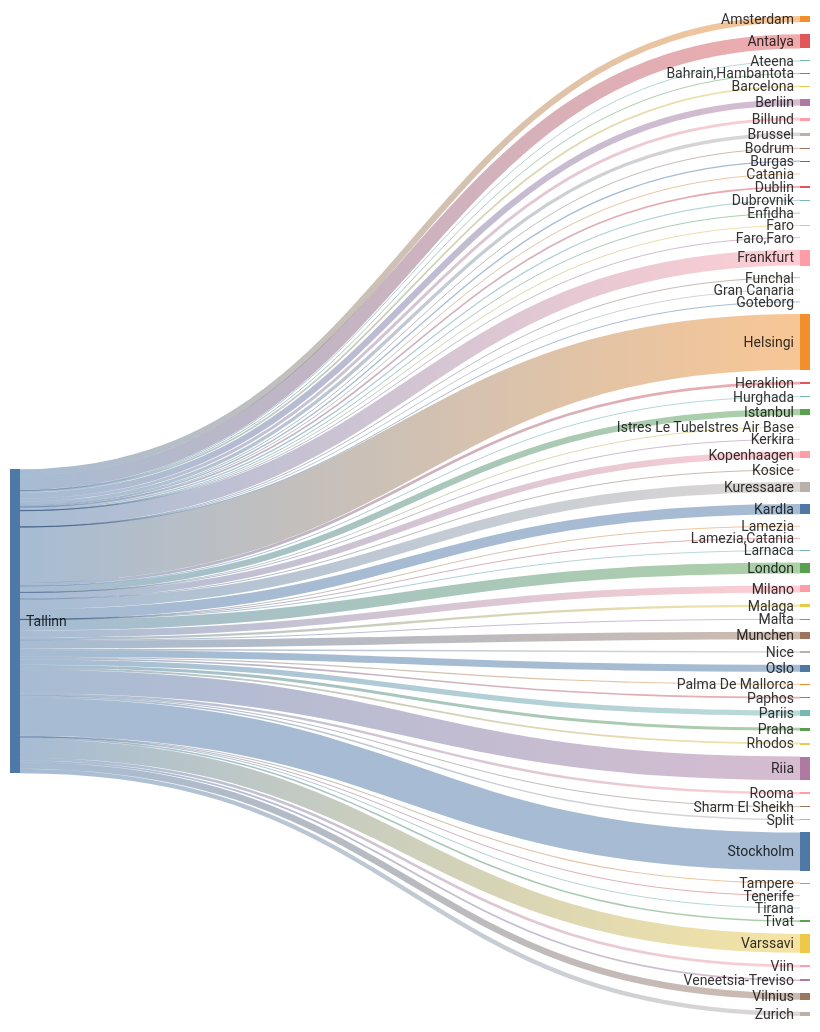
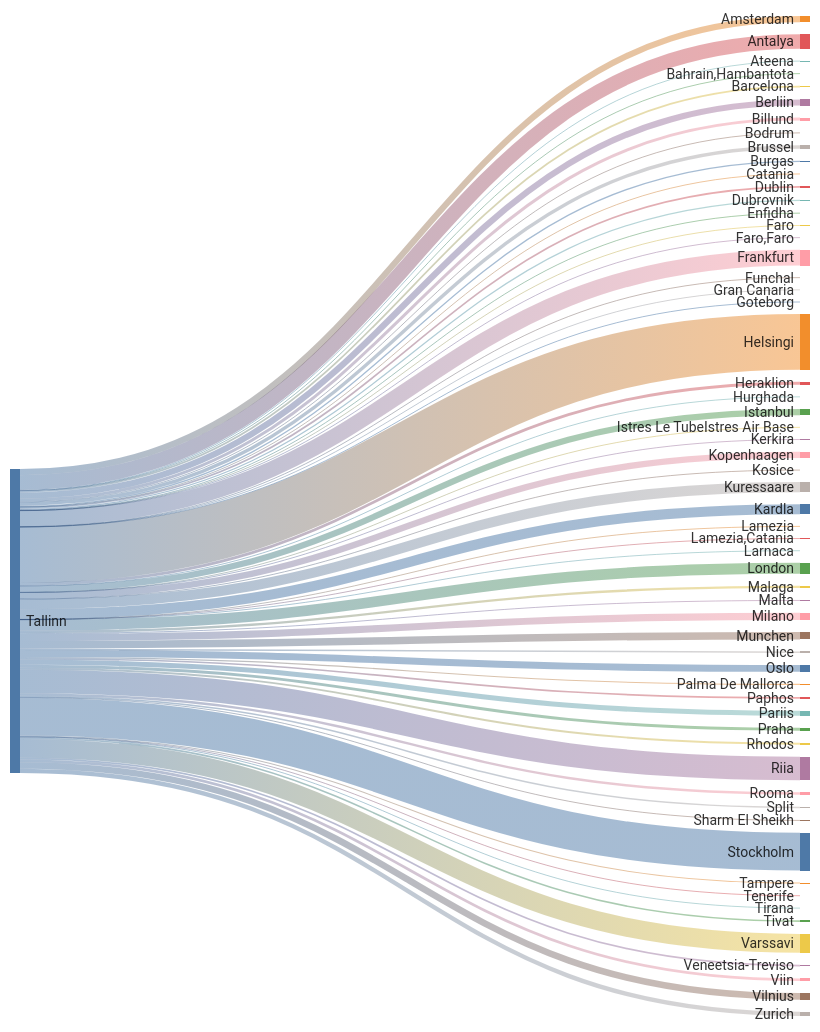
One commit to rainermesi/tll-airport-departures changed the second of 2 diagrams in README.md. Above: the diagram before and after it, drawn with Mermaid. The commit also changed other lines of this file, not shown here.

````diff
--- a/README.md
+++ b/README.md
@@ -34,72 +34,72 @@
 ```mermaid
 ---
 config:
   sankey:
     showValues: false
     width: 800
     height: 1000
 ---
 sankey-beta
 %% source,target,value
-Tallinn,Amsterdam,102
-Tallinn,Antalya,237
+Tallinn,Amsterdam,103
+Tallinn,Antalya,241
 Tallinn,Ateena,16
 Tallinn,"Bahrain,Hambantota",1
 Tallinn,Barcelona,29
 Tallinn,Berliin,104
 Tallinn,Billund,49
 Tallinn,Bodrum,11
-Tallinn,Brussel,56
+Tallinn,Brussel,57
 Tallinn,Burgas,21
 Tallinn,Catania,2
 Tallinn,Dublin,28
 Tallinn,Dubrovnik,21
 Tallinn,Enfidha,7
 Tallinn,Faro,4
 Tallinn,"Faro,Faro",1
-Tallinn,Frankfurt,263
+Tallinn,Frankfurt,265
 Tallinn,Funchal,3
-Tallinn,Gran Canaria,3
+Tallinn,Gran Canaria,4
 Tallinn,Goteborg,1
-Tallinn,Helsingi,923
+Tallinn,Helsingi,932
 Tallinn,Heraklion,46
 Tallinn,Hurghada,7
-Tallinn,Istanbul,103
+Tallinn,Istanbul,104
 Tallinn,Istres Le TubeIstres Air Base,2
 Tallinn,Kerkira,4
-Tallinn,Kopenhaagen,106
+Tallinn,Kopenhaagen,107
 Tallinn,Kosice,1
-Tallinn,Kuressaare,167
-Tallinn,Kardla,167
+Tallinn,Kuressaare,169
+Tallinn,Kardla,169
 Tallinn,Lamezia,1
 Tallinn,"Lamezia,Catania",3
 Tallinn,Larnaca,4
-Tallinn,London,178
+Tallinn,London,180
 Tallinn,Malaga,40
 Tallinn,Malta,14
-Tallinn,Milano,117
-Tallinn,Munchen,125
+Tallinn,Milano,118
+Tallinn,Munchen,126
 Tallinn,Nice,25
-Tallinn,Oslo,114
+Tallinn,Oslo,115
 Tallinn,Palma De Mallorca,19
 Tallinn,Paphos,27
 Tallinn,Pariis,86
 Tallinn,Praha,49
 Tallinn,Rhodos,32
-Tallinn,Riia,389
-Tallinn,Rooma,40
+Tallinn,Riia,393
+Tallinn,Rooma,41
 Tallinn,Sharm El Sheikh,9
 Tallinn,Split,25
-Tallinn,Stockholm,630
+Tallinn,Stockholm,632
 Tallinn,Tampere,17
-Tallinn,Tenerife,4
+Tallinn,Tenerife,5
 Tallinn,Tirana,8
 Tallinn,Tivat,26
-Tallinn,Varssavi,311
+Tallinn,Varssavi,314
 Tallinn,Veneetsia-Treviso,28
 Tallinn,Viin,45
-Tallinn,Vilnius,109
+Tallinn,Vilnius,110
 Tallinn,Zurich,72
 
 
 ```
````
